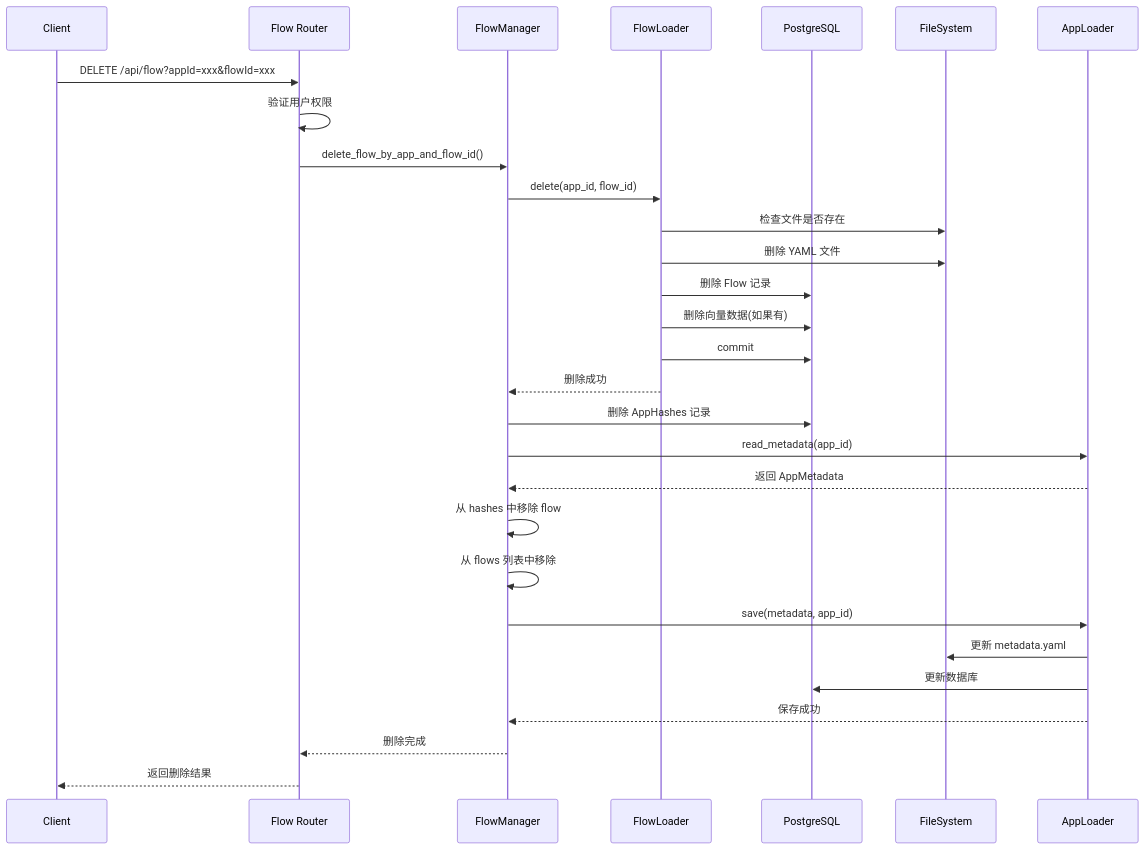
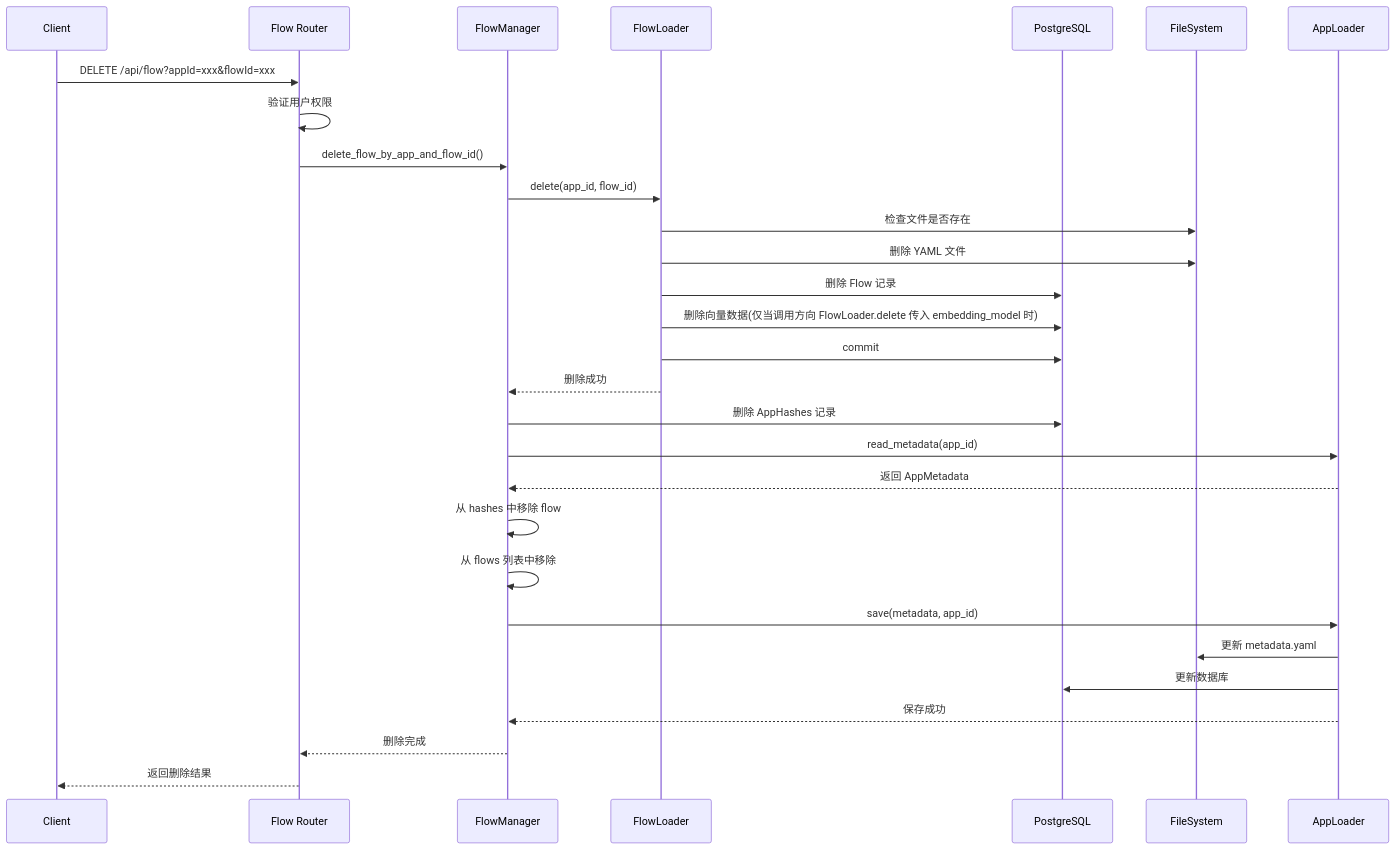
Before and after one commit to HongyuS/euler-copilot-framework: the sixth of 10 diagrams in design/services/flow.md, drawn with Mermaid. The commit also changed other lines of this file and 7 other files, not shown here.

````diff
--- a/design/services/flow.md
+++ b/design/services/flow.md
@@ -267,35 +269,35 @@
 ```mermaid
 sequenceDiagram
     participant Client
     participant API as Flow Router
     participant FM as FlowManager
     participant FL as FlowLoader
     participant DB as PostgreSQL
     participant FS as FileSystem
     participant AL as AppLoader
 
     Client->>API: DELETE /api/flow?appId=xxx&flowId=xxx
     API->>API: 验证用户权限
     API->>FM: delete_flow_by_app_and_flow_id()
 
     FM->>FL: delete(app_id, flow_id)
     FL->>FS: 检查文件是否存在
     FL->>FS: 删除 YAML 文件
     FL->>DB: 删除 Flow 记录
-    FL->>DB: 删除向量数据(如果有)
+    FL->>DB: 删除向量数据(仅当调用方向 FlowLoader.delete 传入 embedding_model 时)
     FL->>DB: commit
     FL-->>FM: 删除成功
 
     FM->>DB: 删除 AppHashes 记录
     FM->>AL: read_metadata(app_id)
     AL-->>FM: 返回 AppMetadata
     FM->>FM: 从 hashes 中移除 flow
     FM->>FM: 从 flows 列表中移除
     FM->>AL: save(metadata, app_id)
     AL->>FS: 更新 metadata.yaml
     AL->>DB: 更新数据库
     AL-->>FM: 保存成功
 
     FM-->>API: 删除完成
     API-->>Client: 返回删除结果
 ```
````
